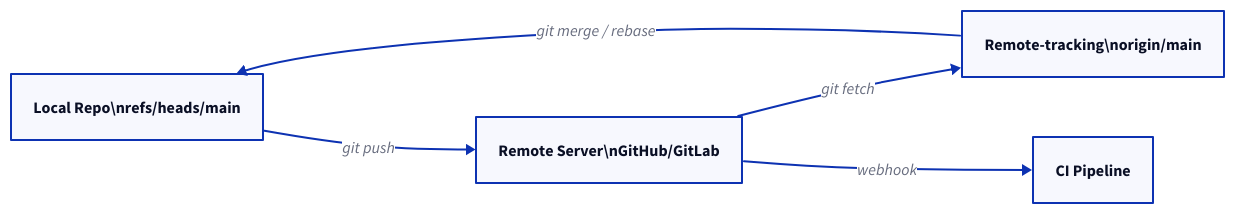
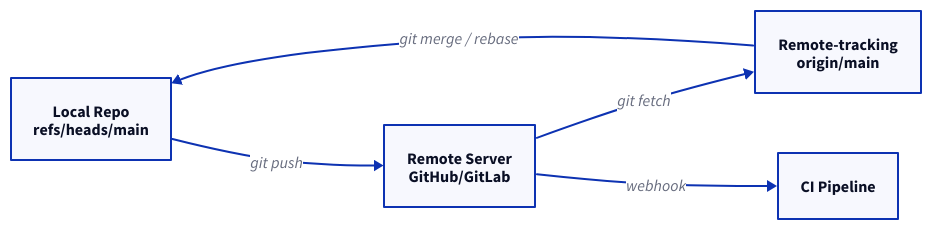
One commit to rebash-rebash/rebash-academy changed the diagram in docs/git/working-with-remotes.md. Above: the diagram before and after it, drawn with D2. The commit also changed 177 other files, not shown here.

First line of the commit message:
Ship Terraform track, diagram polish, and new brand favicon.

````diff
--- a/docs/git/working-with-remotes.md
+++ b/docs/git/working-with-remotes.md
@@ -47,12 +47,12 @@
 ```d2
 direction: right
 
-LOCAL: "Local Repo\\nrefs/heads/main"
-    RTB: "Remote-tracking\\norigin/main"
-    REMOTE: "Remote Server\\nGitHub/GitLab"
+LOCAL: "Local Repo\nrefs/heads/main"
+    RTB: "Remote-tracking\norigin/main"
+    REMOTE: "Remote Server\nGitHub/GitLab"
     CI: "CI Pipeline"
     LOCAL -> REMOTE: "git push"
     REMOTE -> RTB: "git fetch"
     RTB -> LOCAL: "git merge / rebase"
     REMOTE -> CI: webhook
 ```
````
